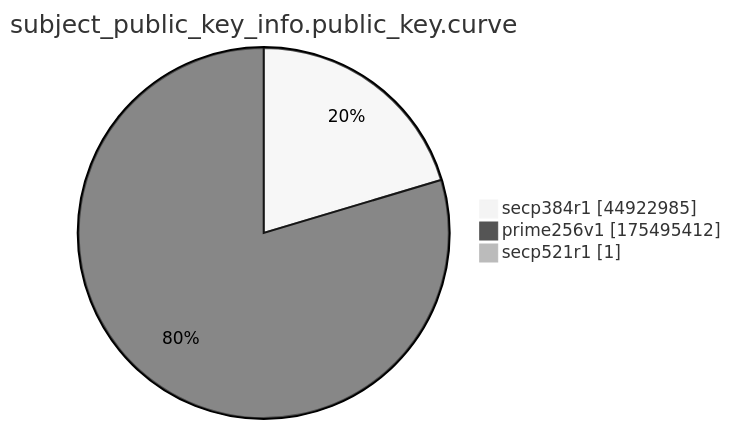
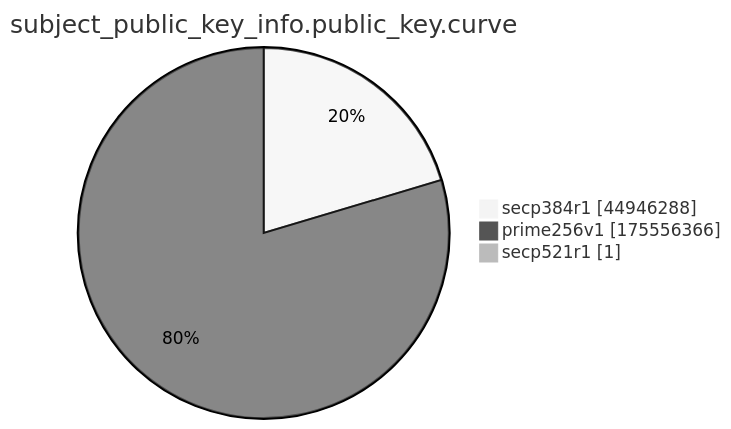
One commit to christiankrug/ctmonitor_visualization changed the ninth of 15 diagrams in xenon2022/README.md. Above: the diagram before and after it, drawn with Mermaid (neutral theme). The commit also changed other lines of this file, not shown here.

````diff
--- a/xenon2022/README.md
+++ b/xenon2022/README.md
@@ -2872,7 +2872,7 @@
 ```mermaid
 pie showData
 title subject_public_key_info.public_key.curve
-"secp384r1" :44922985
-"prime256v1" :175495412
+"secp384r1" :44946288
+"prime256v1" :175556366
 "secp521r1" :1
 ```
````
